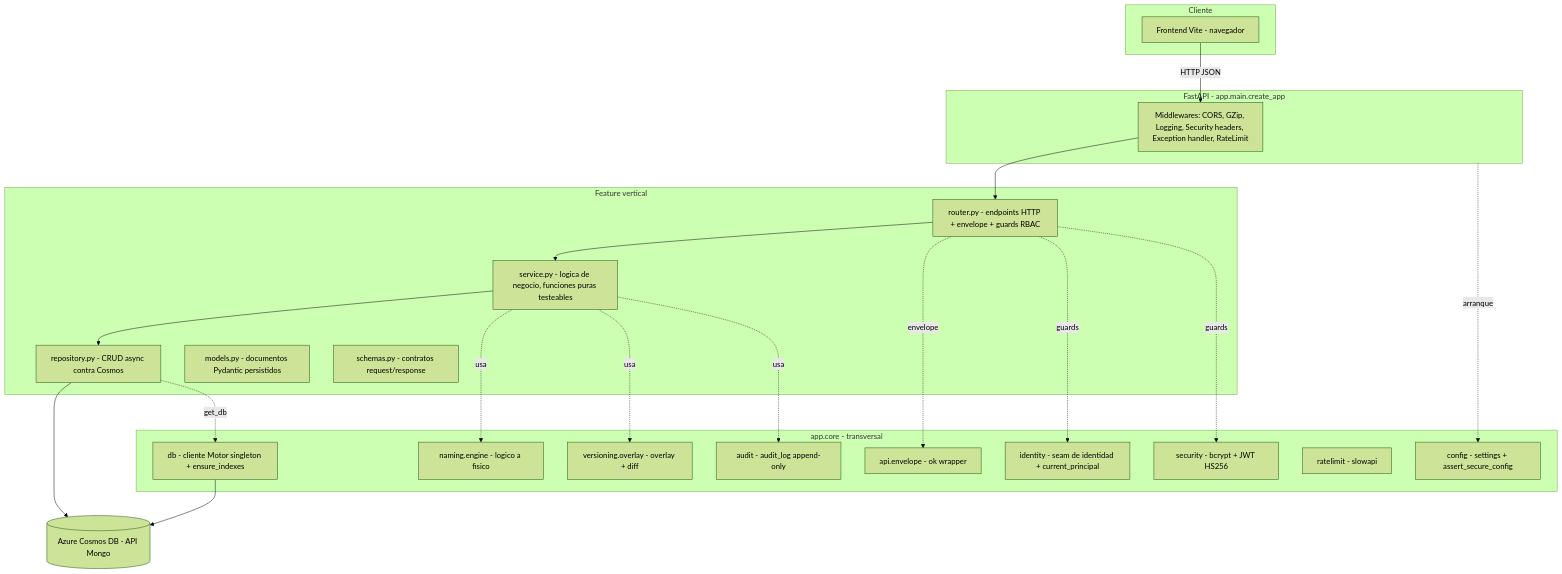
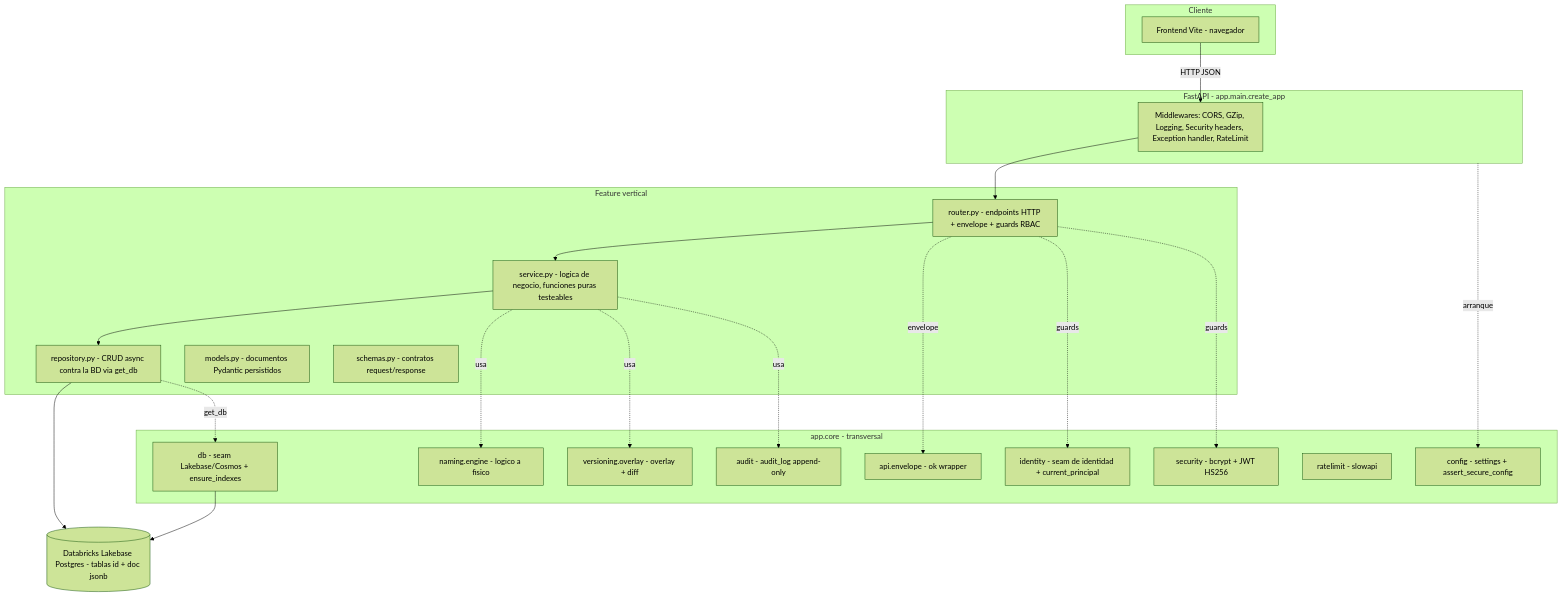
One commit to Carlosmps97/backend-data-model-hub changed the first of 7 diagrams in doc/arquitectura.md. Above: the diagram before and after it, drawn with Mermaid (forest theme). The commit also changed other lines of this file and 8 other files, not shown here.

````diff
--- a/doc/arquitectura.md
+++ b/doc/arquitectura.md
@@ -42,47 +45,47 @@
 ```mermaid
 flowchart TD
     subgraph Cliente
         FE[Frontend Vite - navegador]
     end
 
     subgraph App[FastAPI - app.main.create_app]
         MW[Middlewares: CORS, GZip, Logging, Security headers, Exception handler, RateLimit]
     end
 
     subgraph Feature[Feature vertical]
         RT[router.py - endpoints HTTP + envelope + guards RBAC]
         SV[service.py - logica de negocio, funciones puras testeables]
-        RP[repository.py - CRUD async contra Cosmos]
+        RP[repository.py - CRUD async contra la BD via get_db]
         MD[models.py - documentos Pydantic persistidos]
         SC[schemas.py - contratos request/response]
     end
 
     subgraph Core[app.core - transversal]
         CFG[config - settings + assert_secure_config]
-        DB[db - cliente Motor singleton + ensure_indexes]
+        DB[db - seam Lakebase/Cosmos + ensure_indexes]
         ID[identity - seam de identidad + current_principal]
         SEC[security - bcrypt + JWT HS256]
         NAM[naming.engine - logico a fisico]
         VER[versioning.overlay - overlay + diff]
         AUD[audit - audit_log append-only]
         RL[ratelimit - slowapi]
         ENV[api.envelope - ok wrapper]
     end
 
-    COSMOS[(Azure Cosmos DB - API Mongo)]
+    LAKEBASE[(Databricks Lakebase Postgres - tablas id + doc jsonb)]
 
     FE -->|HTTP JSON| MW
     MW --> RT
     RT --> SV
     SV --> RP
-    RP --> COSMOS
+    RP --> LAKEBASE
     RT -.envelope.-> ENV
     RT -.guards.-> ID
     RT -.guards.-> SEC
     SV -.usa.-> NAM
     SV -.usa.-> VER
     SV -.usa.-> AUD
     RP -.get_db.-> DB
-    DB --> COSMOS
+    DB --> LAKEBASE
     App -.arranque.-> CFG
 ```
````
